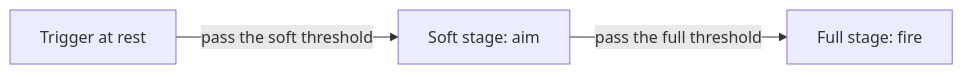
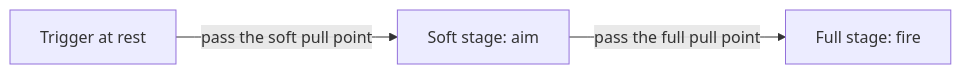
The third of 4 diagrams in wiki/Sticks-Triggers-Touchpad-and-Motion.md (xsyetopz/OpenJoystickDriver), drawn with Mermaid before and after one commit. The commit also changed other lines of this file and 27 other files, not shown here.

````diff
--- a/wiki/Sticks-Triggers-Touchpad-and-Motion.md
+++ b/wiki/Sticks-Triggers-Touchpad-and-Motion.md
@@ -74,5 +74,5 @@
 ```mermaid
 flowchart LR
-    R[Trigger at rest] -->|pass the soft threshold| S[Soft stage: aim]
-    S -->|pass the full threshold| F[Full stage: fire]
+    R[Trigger at rest] -->|pass the soft pull point| S[Soft stage: aim]
+    S -->|pass the full pull point| F[Full stage: fire]
 ```
````
